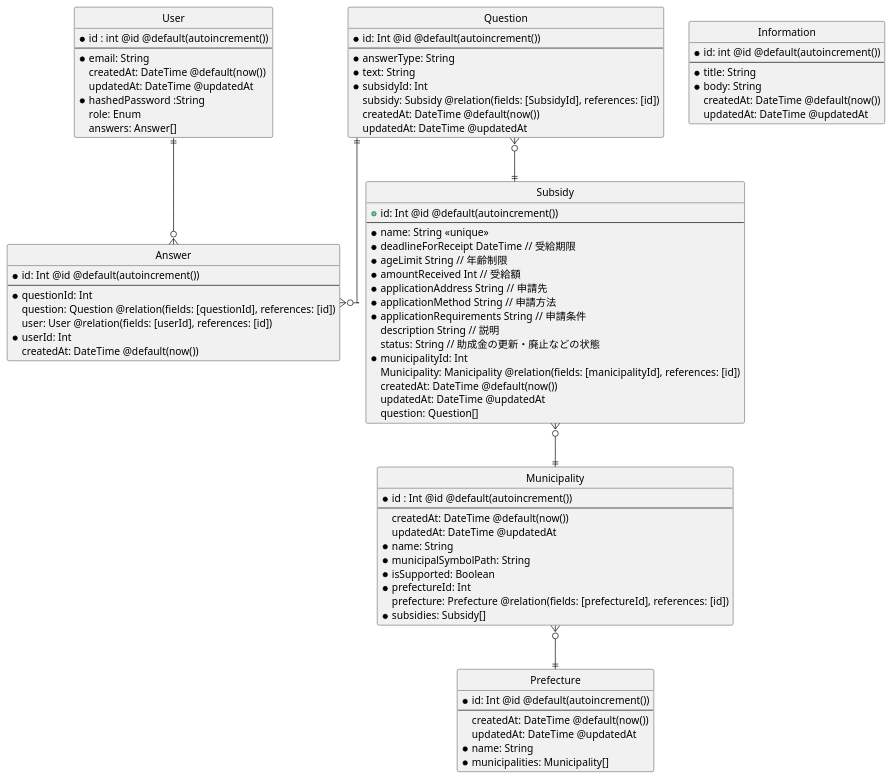
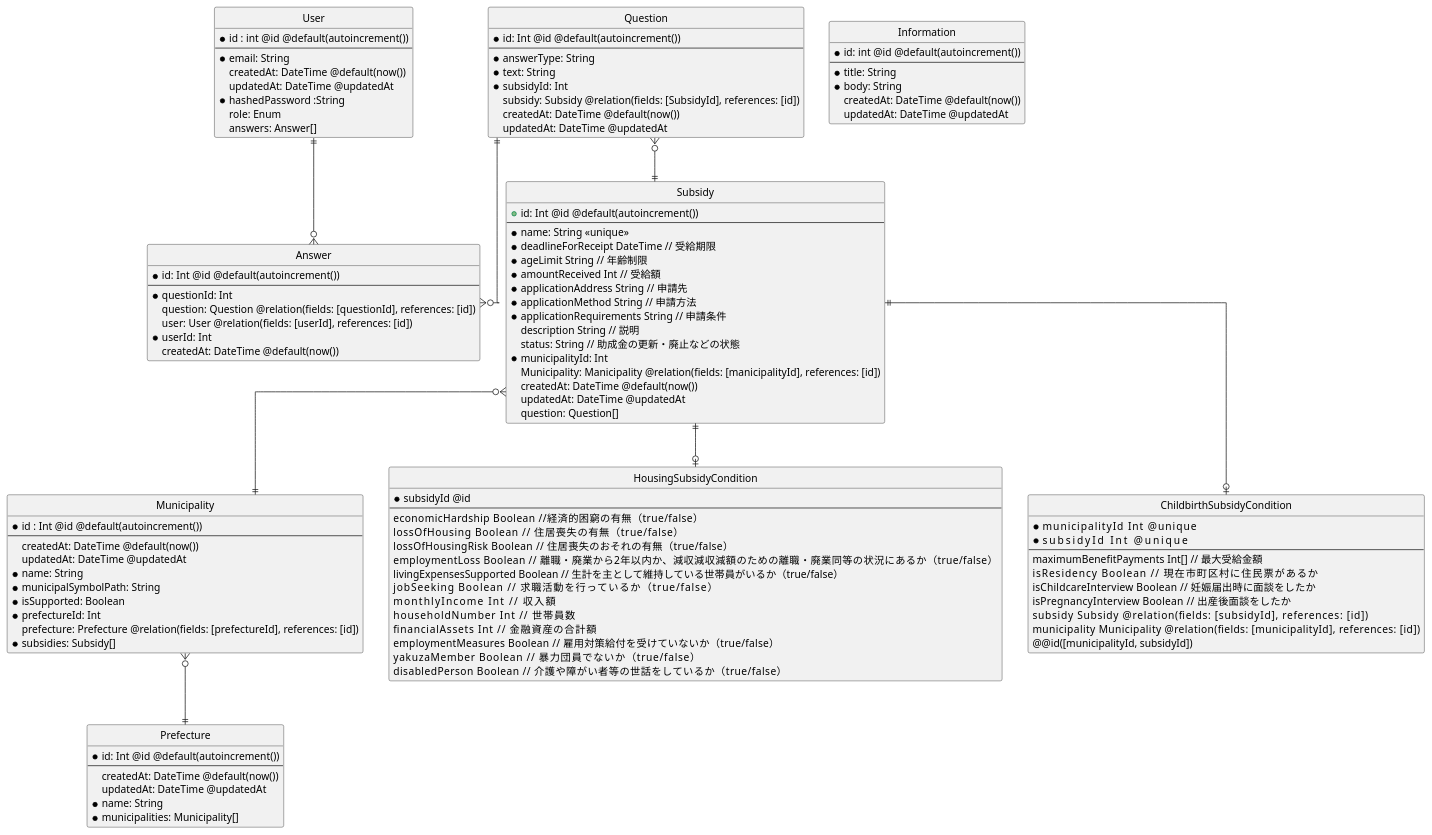
The diagram in app/backend/archive/db/physical design.pu (gigi434/ReStartNow), drawn with PlantUML before and after one commit. The commit also changed 37 other files, not shown here.

```diff
--- a/app/backend/archive/db/physical design.pu
+++ b/app/backend/archive/db/physical design.pu
@@ -1,101 +1,133 @@
 @startuml failure-story
 
 ' hide the spot
 hide circle
 
 ' avoid problems with angled crows feet
 skinparam linetype ortho
 
 entity "User" as user {
     *id : int @id @default(autoincrement())
     --
     *email: String
     createdAt: DateTime @default(now())
     updatedAt: DateTime @updatedAt
     *hashedPassword :String
     role: Enum
     answers: Answer[]
 }
 
 entity "Municipality" as manicipality {
     *id : Int @id @default(autoincrement())
     --
     createdAt: DateTime @default(now())                  
     updatedAt: DateTime @updatedAt                  
     *name: String
     *municipalSymbolPath: String
     *isSupported: Boolean
     *prefectureId: Int
     prefecture: Prefecture @relation(fields: [prefectureId], references: [id])
     *subsidies: Subsidy[]
 }
 
 entity "Information" as information {
     *id: int @id @default(autoincrement())
     --
     *title: String
     *body: String
     createdAt: DateTime @default(now())
     updatedAt: DateTime @updatedAt
 }
 
 entity "Prefecture" as prefecture {
     *id: Int @id @default(autoincrement())
     --
     createdAt: DateTime @default(now())
     updatedAt: DateTime @updatedAt
     *name: String
     *municipalities: Municipality[]
 }
 
 entity "Subsidy" as subsidy {
     +id: Int @id @default(autoincrement())
   --
     *name: String <<unique>>
     *deadlineForReceipt DateTime // 受給期限
     *ageLimit String // 年齢制限
     *amountReceived Int // 受給額
     *applicationAddress String // 申請先
     *applicationMethod String // 申請方法
     *applicationRequirements String // 申請条件
     description String // 説明
     status: String // 助成金の更新・廃止などの状態
     *municipalityId: Int
     Municipality: Manicipality @relation(fields: [manicipalityId], references: [id])
     createdAt: DateTime @default(now())
     updatedAt: DateTime @updatedAt
     question: Question[]
 }
 
 ' 一問一答の質問
 entity "Question" as question {
     *id: Int @id @default(autoincrement())
     --
     *answerType: String
     *text: String
     *subsidyId: Int
     subsidy: Subsidy @relation(fields: [SubsidyId], references: [id])
     createdAt: DateTime @default(now())
     updatedAt: DateTime @updatedAt
 }
 
 ' ユーザーの答えを保存するテーブル
 entity "Answer" as answer {
     *id: Int @id @default(autoincrement())
     --
     *questionId: Int
     question: Question @relation(fields: [questionId], references: [id])
     user: User @relation(fields: [userId], references: [id])
     *userId: Int 
     createdAt: DateTime @default(now())
 }
 
+entity  "HousingSubsidyCondition" as HousingSubsidyCondition {
+  *subsidyId @id
+  --
+  economicHardship        Boolean //経済的困窮の有無（true/false）
+  lossOfHousing           Boolean // 住居喪失の有無（true/false）
+  lossOfHousingRisk       Boolean // 住居喪失のおそれの有無（true/false）
+  employmentLoss          Boolean //  離職・廃業から2年以内か、減収減収減額のための離職・廃業同等の状況にあるか（true/false）
+  livingExpensesSupported Boolean //  生計を主として維持している世帯員がいるか（true/false）
+  jobSeeking              Boolean //  求職活動を行っているか（true/false）
+  monthlyIncome           Int // 収入額
+  householdNumber         Int // 世帯員数
+  financialAssets         Int // 金融資産の合計額
+  employmentMeasures      Boolean // 雇用対策給付を受けていないか（true/false）
+  yakuzaMember            Boolean // 暴力団員でないか（true/false）
+  disabledPerson          Boolean // 介護や障がい者等の世話をしているか（true/false）
+}
+
+entity "ChildbirthSubsidyCondition" as ChildbirthSubsidyCondition {
+  *municipalityId          Int @unique
+  *subsidyId               Int @unique
+  --
+  maximumBenefitPayments  Int[] // 最大受給金額
+  isResidency             Boolean // 現在市町区村に住民票があるか
+  isChildcareInterview    Boolean // 妊娠届出時に面談をしたか
+  isPregnancyInterview    Boolean // 出産後面談をしたか
+  subsidy                 Subsidy @relation(fields: [subsidyId], references: [id])
+  municipality            Municipality @relation(fields: [municipalityId], references: [id])
+  @@id([municipalityId, subsidyId])
+}
+
 manicipality }o--|| prefecture
 question ||--o{ answer
 question }o--|| subsidy
 subsidy }o--|| manicipality
+subsidy ||--o| HousingSubsidyCondition
+subsidy ||--o| ChildbirthSubsidyCondition
 user ||--o{ answer
 
 
 
 @enduml
```
